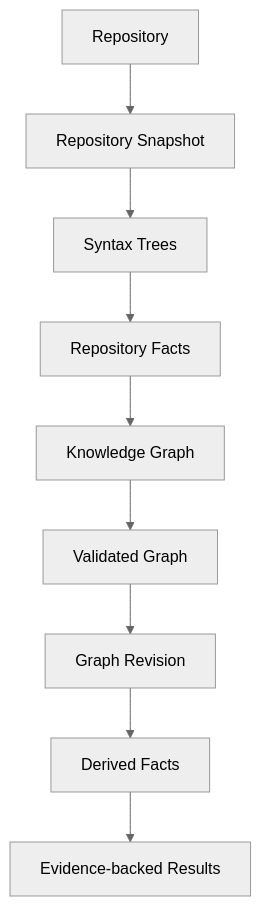
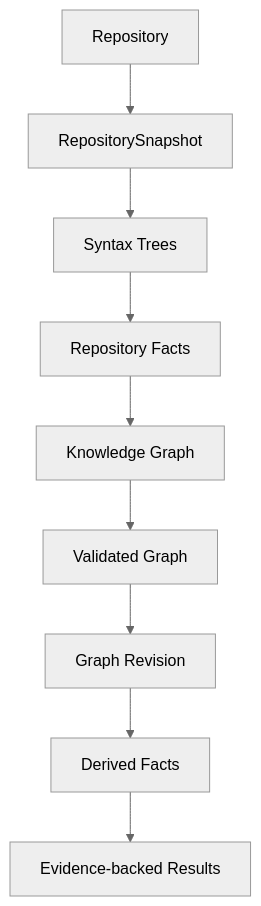
The second of 5 diagrams in docs/PIPELINE.md (akash1047/kode), drawn with Mermaid (neutral theme) before and after one commit. The commit also changed other lines of this file and 32 other files, not shown here.

First line of the commit message:
feat(acquisition): implement repository discovery and snapshot pipeline

````diff
--- a/docs/PIPELINE.md
+++ b/docs/PIPELINE.md
@@ -118,30 +120,30 @@
 ```mermaid
 flowchart TD
 
 A["Repository"]
 
-B["Repository Snapshot"]
+B["RepositorySnapshot"]
 
 C["Syntax Trees"]
 
 D["Repository Facts"]
 
 E["Knowledge Graph"]
 
 F["Validated Graph"]
 
 G["Graph Revision"]
 
 H["Derived Facts"]
 
 I["Evidence-backed Results"]
 
 A --> B
 B --> C
 C --> D
 D --> E
 E --> F
 F --> G
 G --> H
 H --> I
 ```
````
